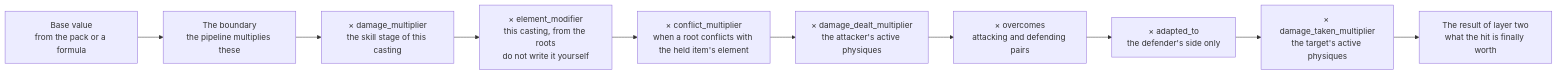
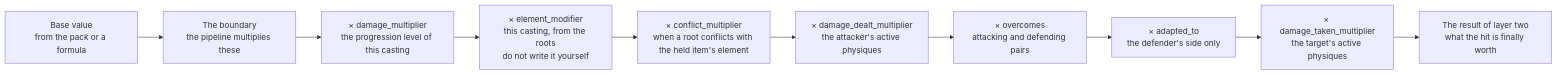
Before and after one commit to IAFEnvoy/mxt-docs: the second of 2 diagrams in docs/en/technical/damage.md, drawn with Mermaid. The commit also changed other lines of this file and 87 other files, not shown here.

````diff
--- a/docs/en/technical/damage.md
+++ b/docs/en/technical/damage.md
@@ -69,12 +69,12 @@
 ```mermaid
 flowchart LR
     BASE["Base value<br/>from the pack or a formula"] --> SPLIT["The boundary<br/>the pipeline multiplies these"]
-    SPLIT --> MULT["× damage_multiplier<br/>the skill stage of this casting"]
+    SPLIT --> MULT["× damage_multiplier<br/>the progression level of this casting"]
     MULT --> ELEM["× element_modifier<br/>this casting, from the roots<br/>do not write it yourself"]
     ELEM --> CONFLICT["× conflict_multiplier<br/>when a root conflicts with the held item's element"]
     CONFLICT --> DEALT["× damage_dealt_multiplier<br/>the attacker's active physiques"]
     DEALT --> OVER["× overcomes<br/>attacking and defending pairs"]
     OVER --> ADAPT["× adapted_to<br/>the defender's side only"]
     ADAPT --> TAKEN["× damage_taken_multiplier<br/>the target's active physiques"]
     TAKEN --> DONE["The result of layer two<br/>what the hit is finally worth"]
 ```
````
